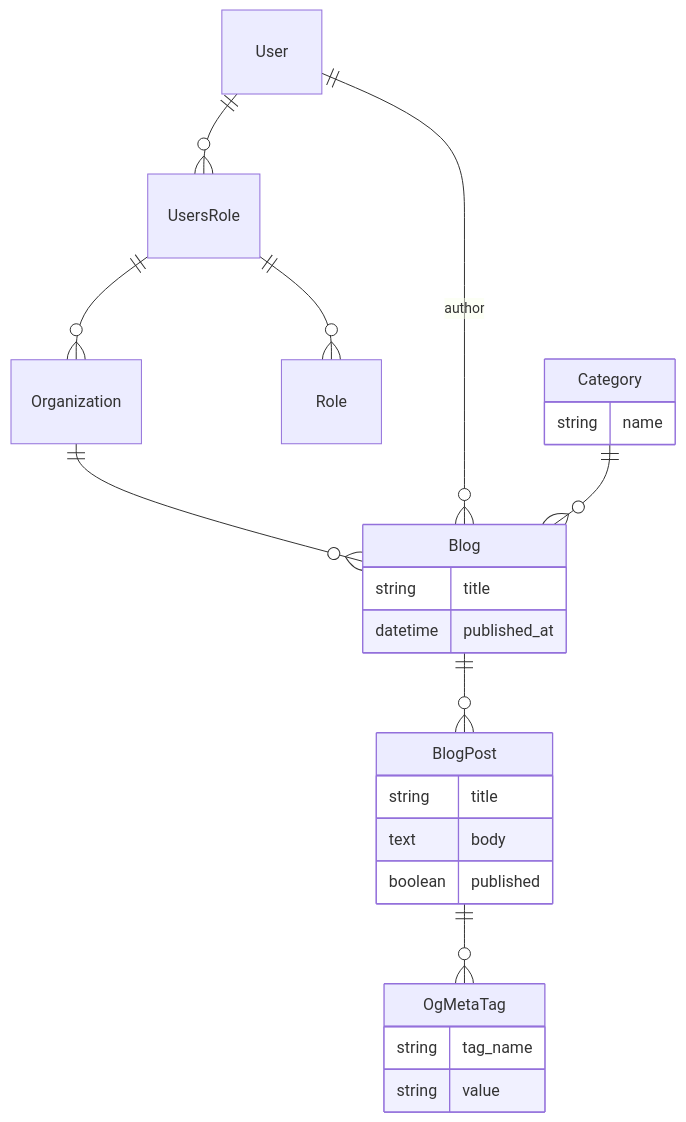
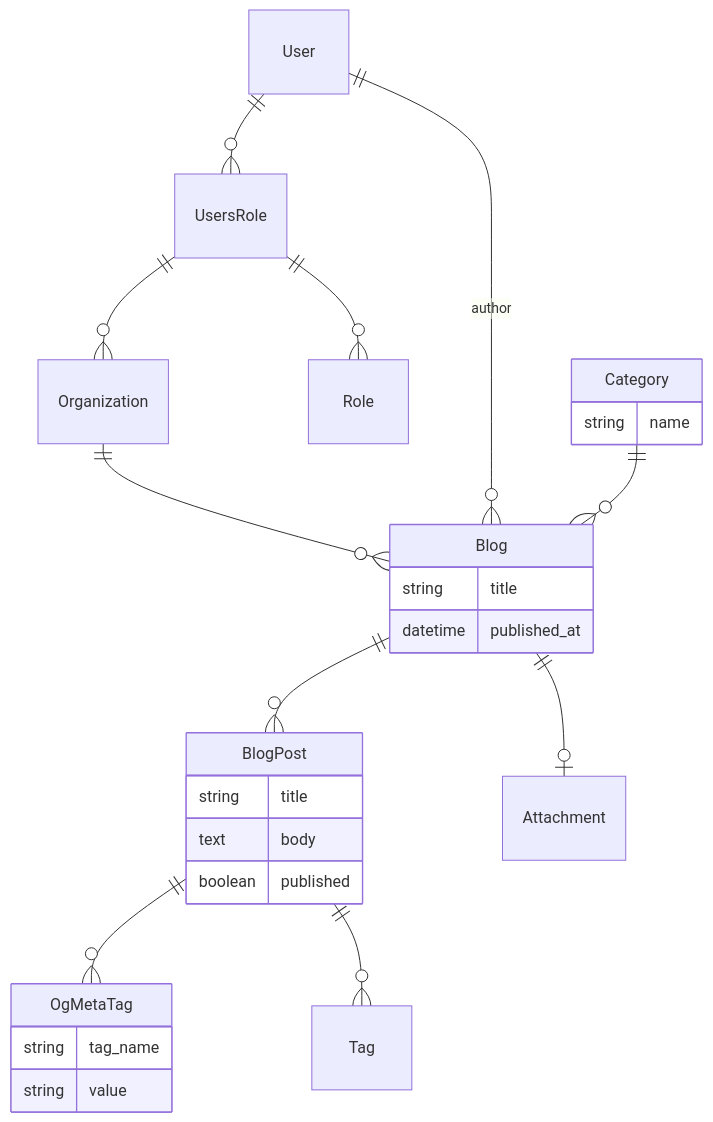
Before and after one commit to rhino-project/rhino-project.org: the diagram in docs/tutorials/organization.mdx, drawn with Mermaid. The commit also changed other lines of this file and 4 other files, not shown here.

````diff
--- a/docs/tutorials/organization.mdx
+++ b/docs/tutorials/organization.mdx
@@ -13,27 +13,29 @@
 ```mermaid
 erDiagram
     User ||--o{ UsersRole : ""
     UsersRole ||--o{ Organization : ""
     UsersRole ||--o{ Role : ""
     Organization ||--o{ Blog : ""
     User ||--o{ Blog : author
     Blog ||--o{ BlogPost : ""
+    Blog ||--o| Attachment : ""
     Blog {
         string title
         datetime published_at
     }
     BlogPost {
         string title
         text body
         boolean published
     }
     Category ||--o{ Blog : ""
     Category {
         string name
     }
     BlogPost ||--o{ OgMetaTag : ""
+    BlogPost ||--o{ Tag : ""
     OgMetaTag {
         string tag_name
         string value
     }
 ```
````
